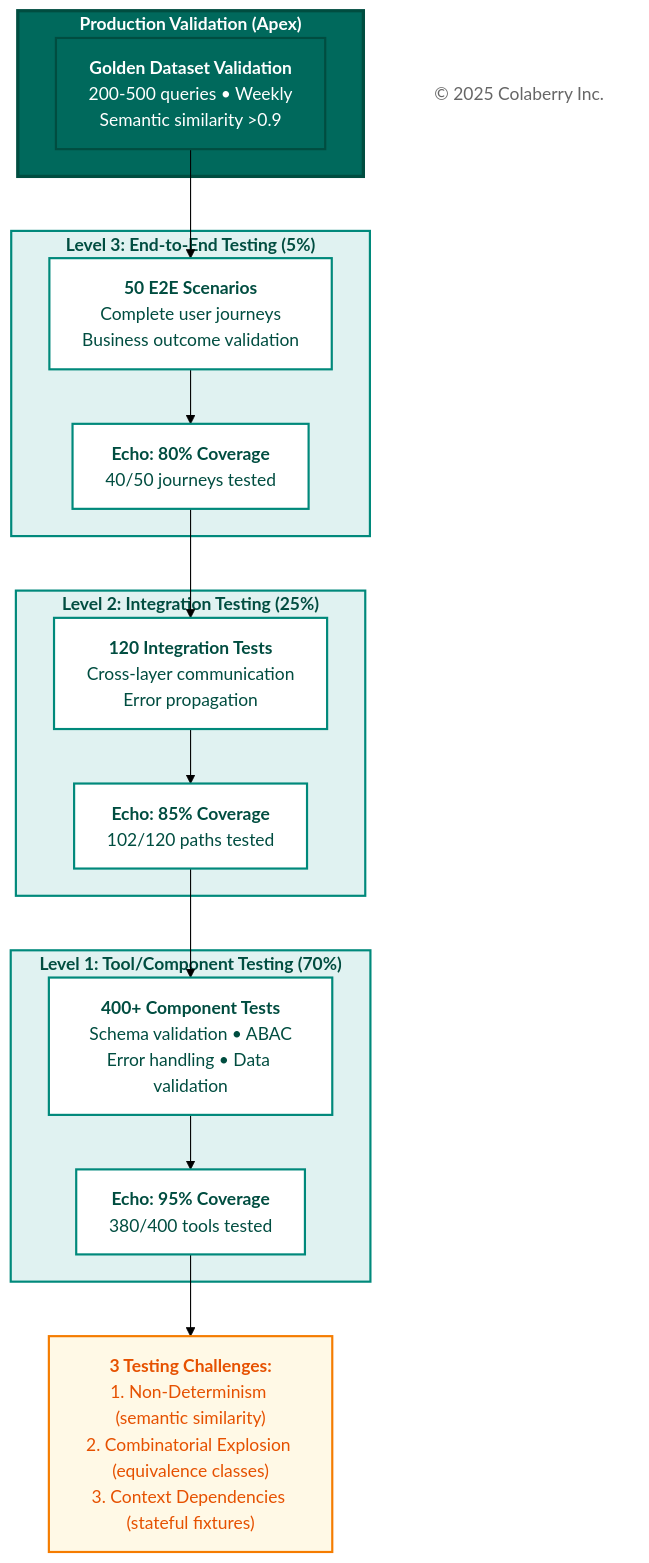
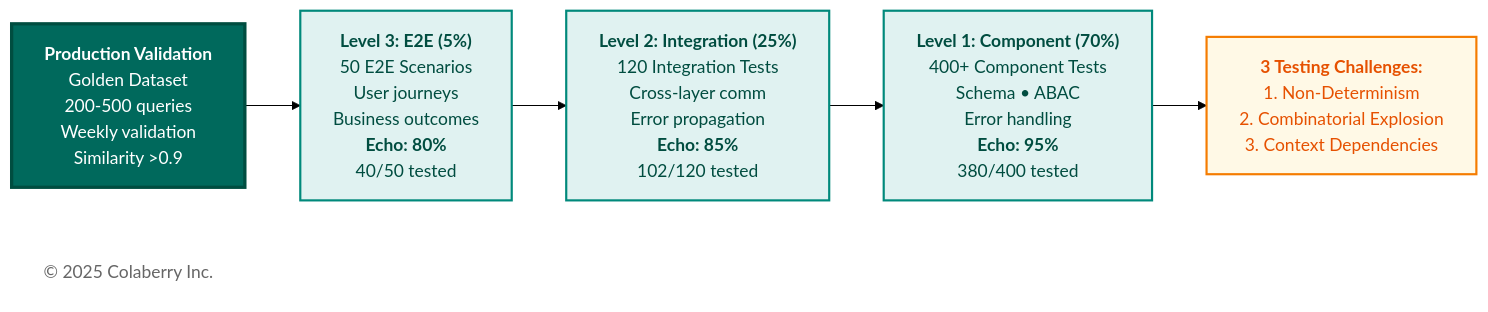
Before and after one commit to colaberry/enterprise-data-readiness-ai-agents: diagram 13 of 18 in chapter-01/chapter_1_complete.md, drawn with Mermaid (forest theme).

Commit message:
Chapter 1 restructured diagrams for visual appeal
Chapter 1 restructured diagrams for visual appeal

````diff
--- a/chapter-01/chapter_1_complete.md
+++ b/chapter-01/chapter_1_complete.md
@@ -1931,52 +1931,23 @@
 ```mermaid
-graph TB
-    subgraph APEX["<b>Production Validation (Apex)</b>"]
-        PROD["<b>Golden Dataset Validation</b><br/>200-500 queries • Weekly<br/>Semantic similarity >0.9"]
-    end
+graph LR
+    PROD["<b>Production Validation</b><br/>Golden Dataset<br/>200-500 queries<br/>Weekly validation<br/>Similarity >0.9"]
     
-    subgraph E2E["<b>Level 3: End-to-End Testing (5%)</b>"]
-        E2E1["<b>50 E2E Scenarios</b><br/>Complete user journeys<br/>Business outcome validation"]
-        E2E2["<b>Echo: 80% Coverage</b><br/>40/50 journeys tested"]
-    end
+    E2E["<b>Level 3: E2E (5%)</b><br/>50 E2E Scenarios<br/>User journeys<br/>Business outcomes<br/><b>Echo: 80%</b><br/>40/50 tested"]
     
-    subgraph INTEGRATION["<b>Level 2: Integration Testing (25%)</b>"]
-        INT1["<b>120 Integration Tests</b><br/>Cross-layer communication<br/>Error propagation"]
-        INT2["<b>Echo: 85% Coverage</b><br/>102/120 paths tested"]
-    end
+    INT["<b>Level 2: Integration (25%)</b><br/>120 Integration Tests<br/>Cross-layer comm<br/>Error propagation<br/><b>Echo: 85%</b><br/>102/120 tested"]
     
-    subgraph UNIT["<b>Level 1: Tool/Component Testing (70%)</b>"]
-        UNIT1["<b>400+ Component Tests</b><br/>Schema validation • ABAC<br/>Error handling • Data validation"]
-        UNIT2["<b>Echo: 95% Coverage</b><br/>380/400 tools tested"]
-    end
+    UNIT["<b>Level 1: Component (70%)</b><br/>400+ Component Tests<br/>Schema • ABAC<br/>Error handling<br/><b>Echo: 95%</b><br/>380/400 tested"]
     
-    PROD --> E2E1
-    E2E1 --> E2E2
-    E2E2 --> INT1
-    INT1 --> INT2
-    INT2 --> UNIT1
-    UNIT1 --> UNIT2
+    CHALLENGE["<b>3 Testing Challenges:</b><br/>1. Non-Determinism<br/>2. Combinatorial Explosion<br/>3. Context Dependencies"]
     
-    CHALLENGE["<b>3 Testing Challenges:</b><br/>1. Non-Determinism (semantic similarity)<br/>2. Combinatorial Explosion (equivalence classes)<br/>3. Context Dependencies (stateful fixtures)"]
+    PROD --> E2E --> INT --> UNIT --> CHALLENGE
     
-    UNIT2 --> CHALLENGE
-    
-    style APEX fill:#00695c,color:#ffffff,stroke:#004d40,stroke-width:3px
-    style PROD fill:#00695c,color:#ffffff,stroke:#004d40,stroke-width:2px
-    
+    style PROD fill:#00695c,color:#ffffff,stroke:#004d40,stroke-width:3px
     style E2E fill:#e0f2f1,stroke:#00897b,stroke-width:2px,color:#004d40
-    style E2E1 fill:#ffffff,stroke:#00897b,stroke-width:2px,color:#004d40
-    style E2E2 fill:#ffffff,stroke:#00897b,stroke-width:2px,color:#004d40
-    
-    style INTEGRATION fill:#e0f2f1,stroke:#00897b,stroke-width:2px,color:#004d40
-    style INT1 fill:#ffffff,stroke:#00897b,stroke-width:2px,color:#004d40
-    style INT2 fill:#ffffff,stroke:#00897b,stroke-width:2px,color:#004d40
-    
+    style INT fill:#e0f2f1,stroke:#00897b,stroke-width:2px,color:#004d40
     style UNIT fill:#e0f2f1,stroke:#00897b,stroke-width:2px,color:#004d40
-    style UNIT1 fill:#ffffff,stroke:#00897b,stroke-width:2px,color:#004d40
-    style UNIT2 fill:#ffffff,stroke:#00897b,stroke-width:2px,color:#004d40
-    
     style CHALLENGE fill:#fff9e6,stroke:#f57c00,stroke-width:2px,color:#e65100
     
     Copyright["© 2025 Colaberry Inc."]
     style Copyright fill:#ffffff,stroke:none,color:#666666
 ```
````
